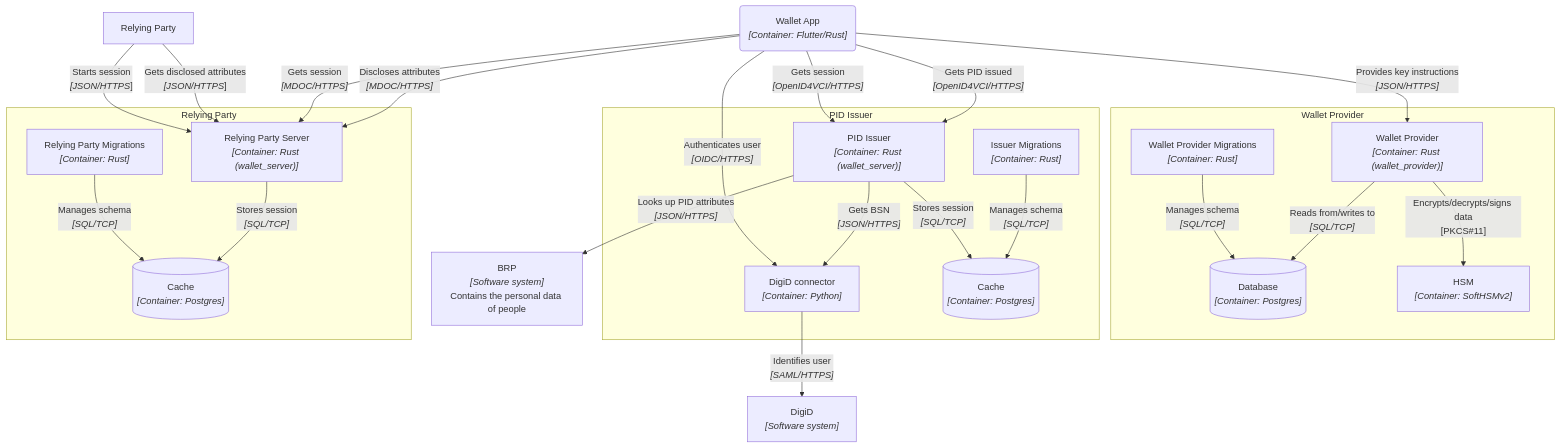
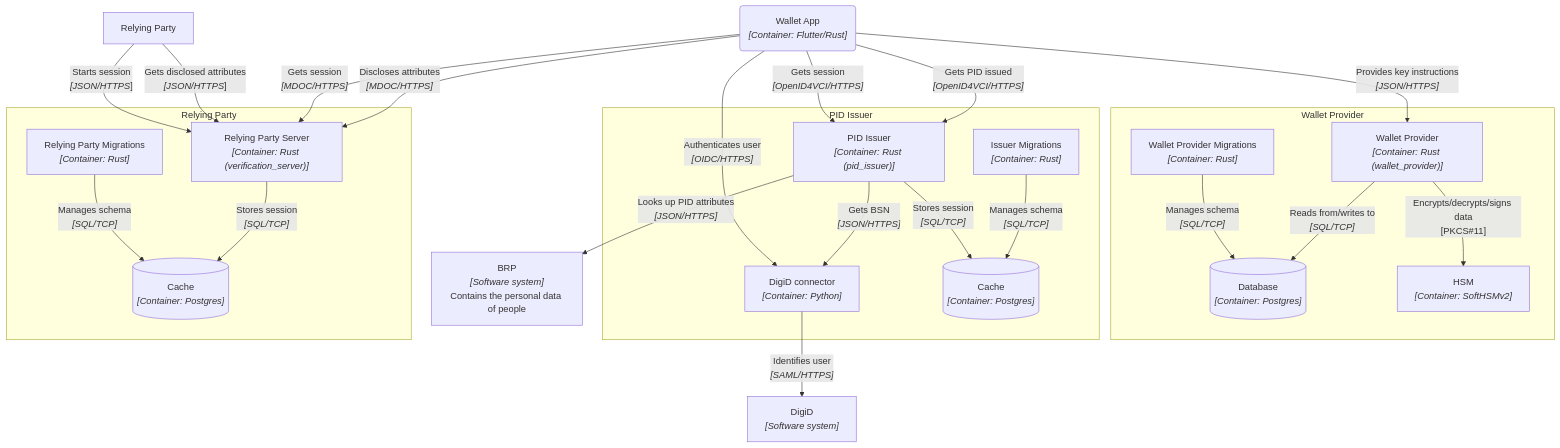
The diagram in documentation/diagrams/overview_components.md (MinBZK/nl-wallet), drawn with Mermaid before and after one commit. The commit also changed 8 other files, not shown here.

Commit message:
Rename mrp-wallet-server to mrp-verification-server

```diff
--- a/documentation/diagrams/overview_components.md
+++ b/documentation/diagrams/overview_components.md
@@ -71,7 +71,7 @@
         `"]
         pid_issuer["`
             PID Issuer
-            _[Container: Rust (wallet_server)]_
+            _[Container: Rust (pid_issuer)]_
         `"]
         cache[("`
             Cache
@@ -99,7 +99,7 @@
     subgraph RP[Relying Party]
         relying_party_server["`
             Relying Party Server
-            _[Container: Rust (wallet_server)]_
+            _[Container: Rust (verification_server)]_
         `"]
         relying_party_migrations["`
             Relying Party Migrations
```
